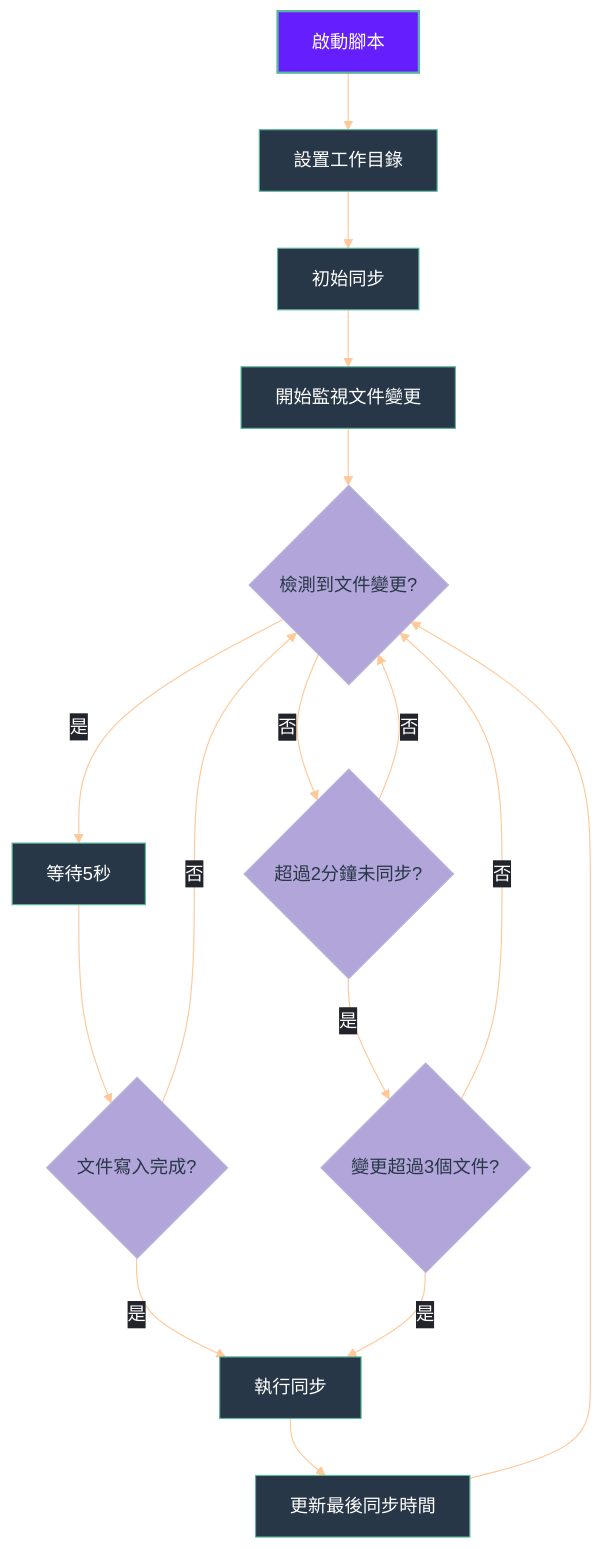
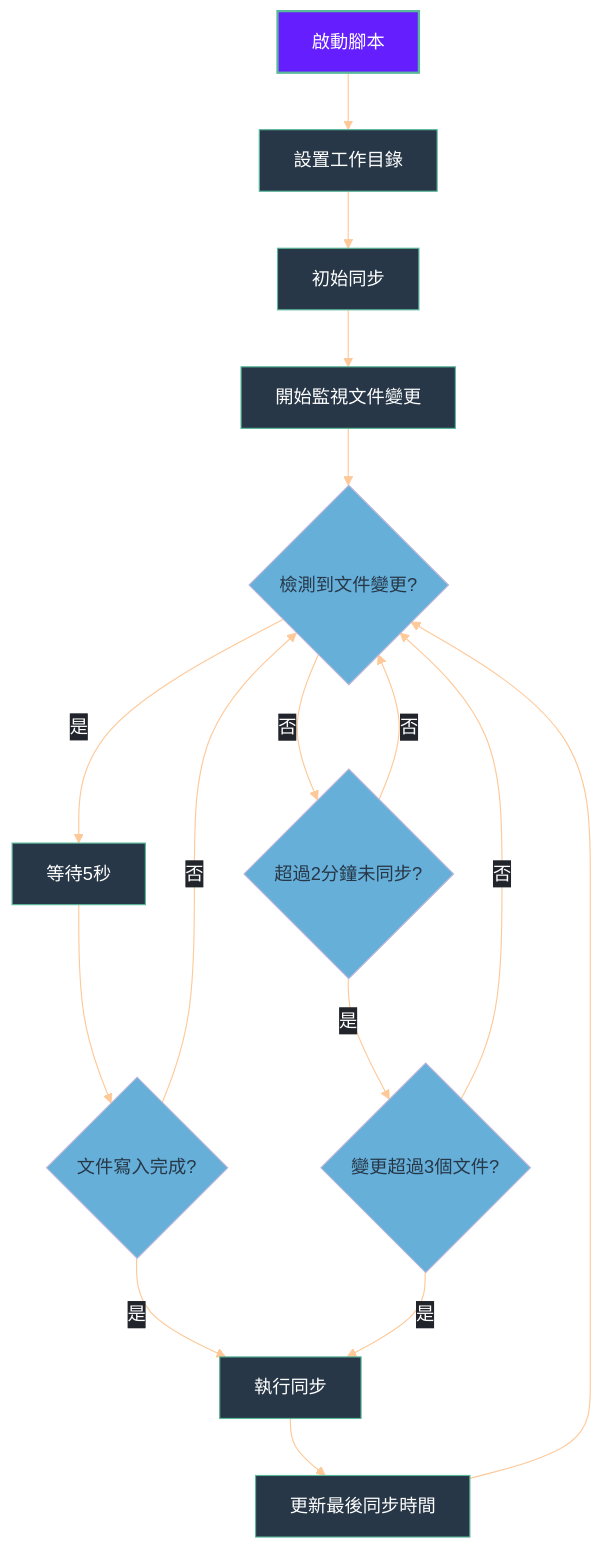
One commit to GengGeng026/Sync-Logseq changed the second of 2 diagrams in Logseq同步方案演進記錄.md. Above: the diagram before and after it, drawn with Mermaid.

Commit message:
Auto-sync: Wed Mar 26 10:20:37 +08 2025

````diff
--- a/Logseq同步方案演進記錄.md
+++ b/Logseq同步方案演進記錄.md
@@ -375,52 +375,52 @@
 ```mermaid
 %%{init: {
   'theme': 'base', 
   'themeVariables': {
     'primaryColor': '#19E9D9',
     'primaryTextColor': '#FFFFFF',
     'primaryBorderColor': '#59B79A',
     'lineColor': '#FEC999',
     'secondaryColor': '#FFCB6B',
     'tertiaryColor': '#F07178',
     'background': 'transparent',
     'textColor': '#EEFFFF',
     'mainBkg': '#273747',
     'nodeBorder': '#59B79A',
     'clusterBkg': 'transparent',
     'edgeLabelBackground': '#21252B'
   },
   'flowchart': {
     'curve': 'basis',
     'nodeSpacing': 50,
     'rankSpacing': 50,
     'padding': 15
   }
 }}%%
 flowchart TD
     %% 節點樣式優化
     classDef start fill:#651FFF,stroke:#59B79A,color:#FFFFFF,stroke-width:2px;
     classDef process fill:#19E9D,stroke:#59B79A,color:#FFFFFF,stroke-width:1px;
-    classDef condition fill:#B1A5D9,stroke:#B9B5D9,color:#273747,stroke-width:1px,shape:diamond;
+    classDef condition fill:#65AFD9,stroke:#B9B5D9,color:#273747,stroke-width:1px,shape:diamond;
     classDef action fill:#F07178,stroke:#59B79A,color:#FFFFFF,stroke-width:1px;
     
     A[啟動腳本] --> B[設置工作目錄]
     B --> C[初始同步]
     C --> D[開始監視文件變更]
     D --> E{檢測到文件變更?}
     E -->|是| F[等待5秒]
     F --> G{文件寫入完成?}
     G -->|是| H[執行同步]
     G -->|否| E
     E -->|否| I{超過2分鐘未同步?}
     I -->|是| J{變更超過3個文件?}
     J -->|是| H
     J -->|否| E
     I -->|否| E
     H --> K[更新最後同步時間]
     K --> E
     
     %% 應用樣式
     class A start;
     class B,C,D,F,H,K process;
     class E,G,I,J condition;
 ```
````
